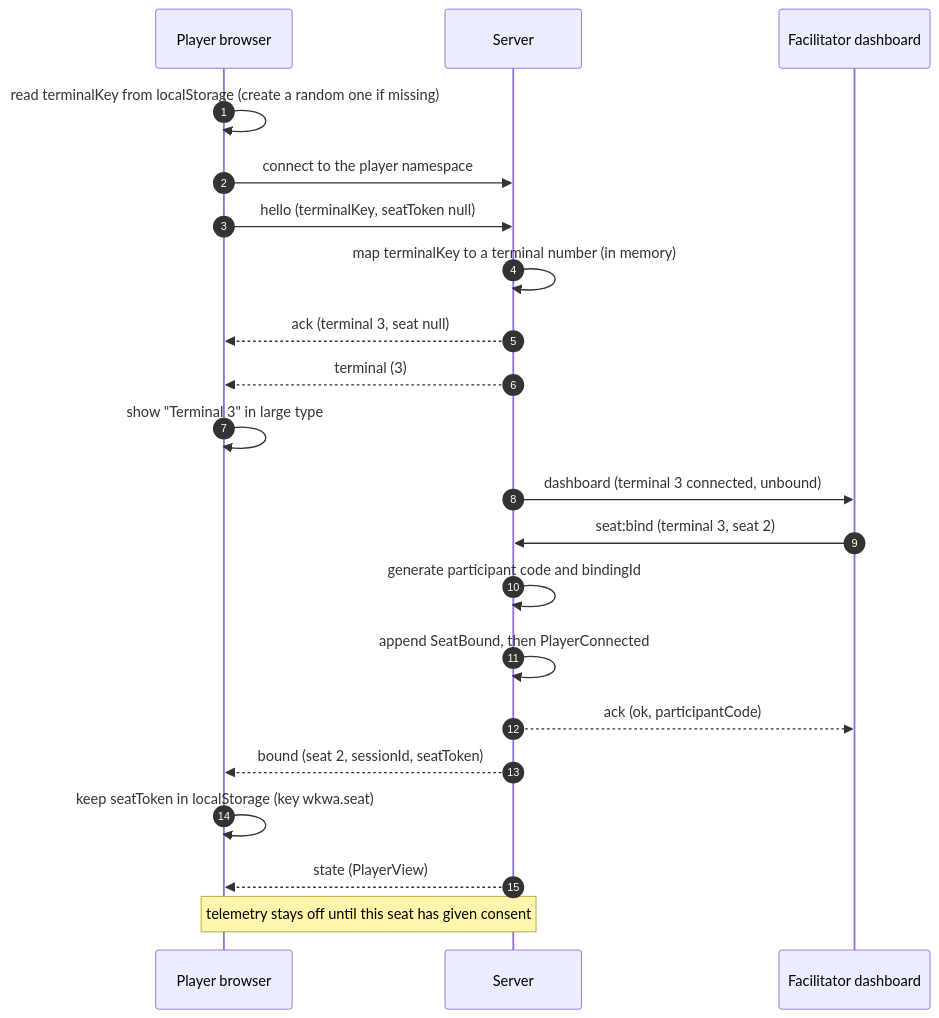
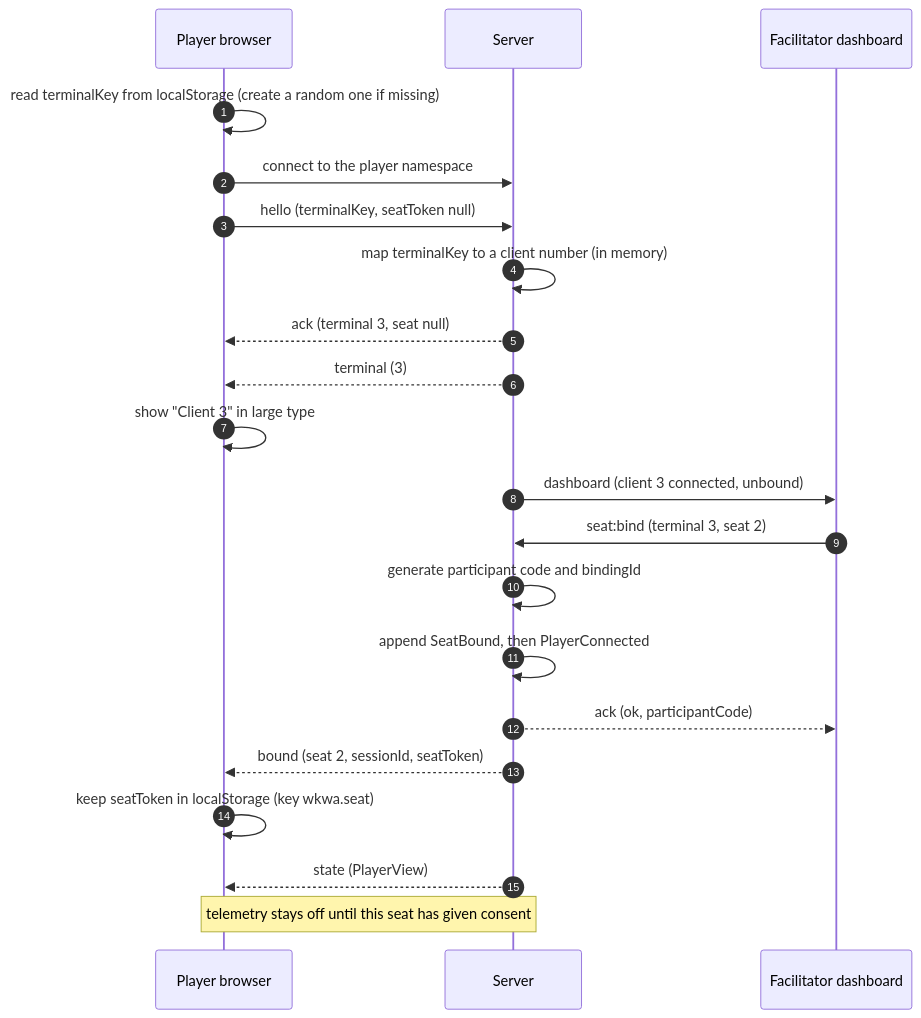
The third of 6 diagrams in docs/NETWORKING.md (xy-zak/WhoKnowsWhoActs), drawn with Mermaid before and after one commit. The commit also changed other lines of this file and 49 other files, not shown here.

````diff
--- a/docs/NETWORKING.md
+++ b/docs/NETWORKING.md
@@ -112,23 +112,23 @@
 ```mermaid
 sequenceDiagram
   autonumber
   participant B as Player browser
   participant S as Server
   participant F as Facilitator dashboard
   B->>B: read terminalKey from localStorage (create a random one if missing)
   B->>S: connect to the player namespace
   B->>S: hello (terminalKey, seatToken null)
-  S->>S: map terminalKey to a terminal number (in memory)
+  S->>S: map terminalKey to a client number (in memory)
   S-->>B: ack (terminal 3, seat null)
   S-->>B: terminal (3)
-  B->>B: show "Terminal 3" in large type
-  S->>F: dashboard (terminal 3 connected, unbound)
+  B->>B: show "Client 3" in large type
+  S->>F: dashboard (client 3 connected, unbound)
   F->>S: seat:bind (terminal 3, seat 2)
   S->>S: generate participant code and bindingId
   S->>S: append SeatBound, then PlayerConnected
   S-->>F: ack (ok, participantCode)
   S-->>B: bound (seat 2, sessionId, seatToken)
   B->>B: keep seatToken in localStorage (key wkwa.seat)
   S-->>B: state (PlayerView)
   Note over B,S: telemetry stays off until this seat has given consent
 ```
````
